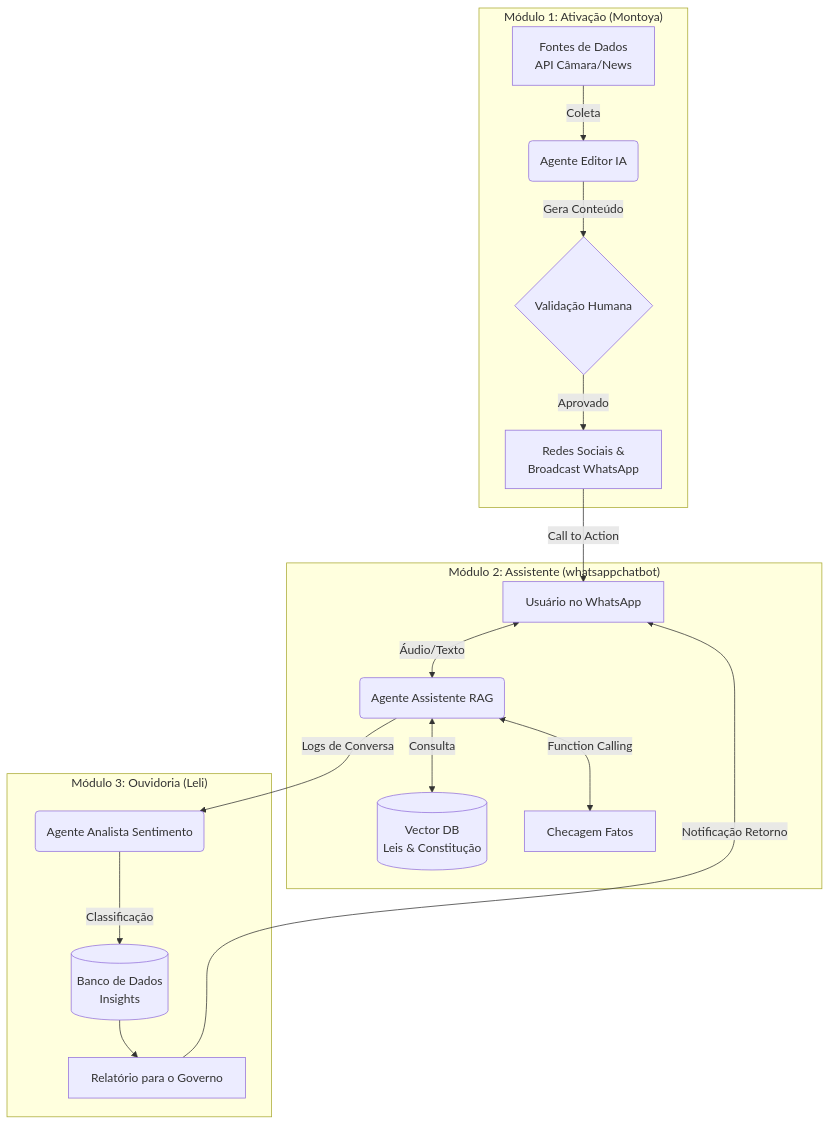
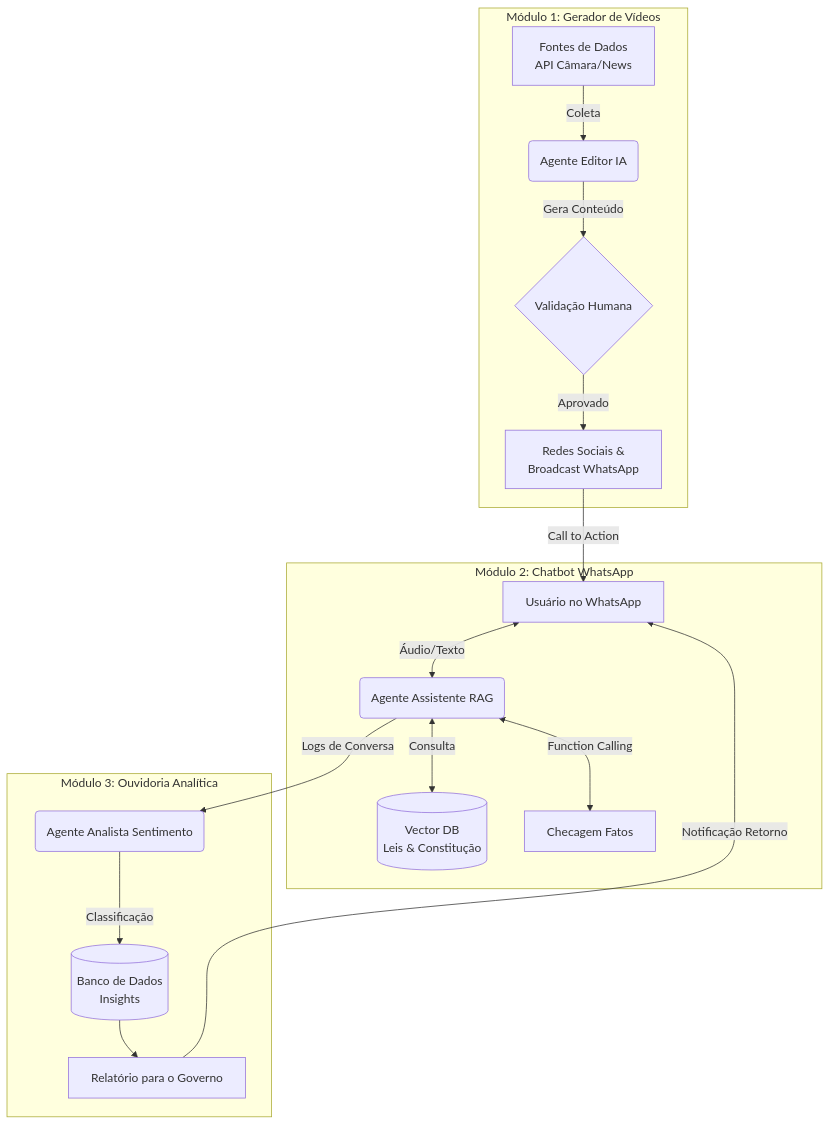
The diagram in README.md (Ta-Certo-Isso/MonoRepoHackathon), drawn with Mermaid before and after one commit. The commit also changed other lines of this file and 5 other files, not shown here.

````diff
--- a/README.md
+++ b/README.md
@@ -36,22 +36,22 @@
 ```mermaid
 graph TD
-    subgraph "Módulo 1: Ativação (Montoya)"
+    subgraph "Módulo 1: Gerador de Vídeos"
         A[Fontes de Dados<br/>API Câmara/News] -->|Coleta| B(Agente Editor IA)
         B -->|Gera Conteúdo| C{Validação Humana}
         C -->|Aprovado| D[Redes Sociais &<br/>Broadcast WhatsApp]
     end
 
-    subgraph "Módulo 2: Assistente (whatsappchatbot)"
+    subgraph "Módulo 2: Chatbot WhatsApp"
         D -->|Call to Action| E[Usuário no WhatsApp]
         E <-->|Áudio/Texto| F(Agente Assistente RAG)
         F <-->|Consulta| G[(Vector DB<br/>Leis & Constitução)]
         F <-->|Function Calling| H[Checagem Fatos]
     end
 
-    subgraph "Módulo 3: Ouvidoria (Leli)"
+    subgraph "Módulo 3: Ouvidoria Analítica"
         F -->|Logs de Conversa| I(Agente Analista Sentimento)
         I -->|Classificação| J[(Banco de Dados<br/>Insights)]
         J --> K[Relatório para o Governo]
         K -->|Notificação Retorno| E
     end
 ```
````
